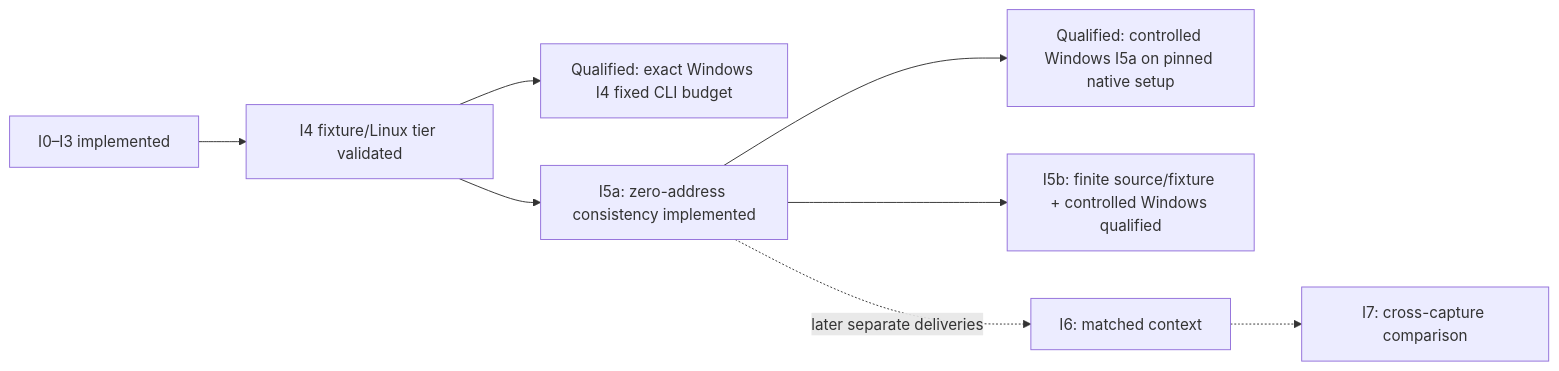
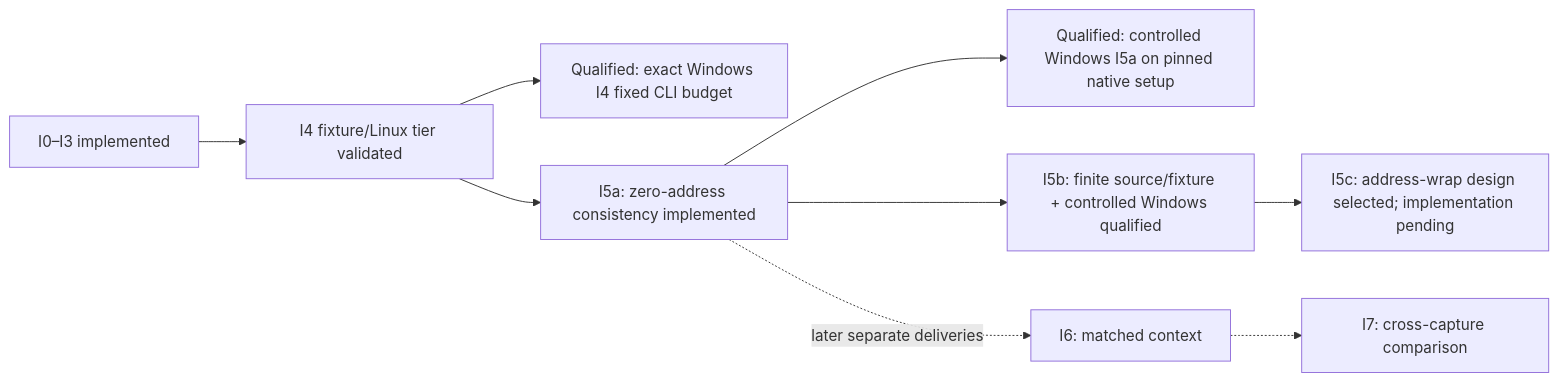
Before and after one commit to NzSN/Ariadne: the diagram in Plans/investigation-layer.md, drawn with Mermaid. The commit also changed other lines of this file and 10 other files, not shown here.

First line of the commit message:
Plan fault-time address-wrap assessment

````diff
--- a/Plans/investigation-layer.md
+++ b/Plans/investigation-layer.md
@@ -75,10 +81,11 @@
 ```mermaid
 flowchart LR
     Delivered["I0–I3 implemented"] --> Tier["I4 fixture/Linux tier validated"]
     Tier --> Windows["Qualified: exact Windows I4 fixed CLI budget"]
     Tier --> I5["I5a: zero-address consistency implemented"]
     I5 --> I5Windows["Qualified: controlled Windows I5a on pinned native setup"]
     I5 --> I5b["I5b: finite source/fixture + controlled Windows qualified"]
+    I5b --> I5c["I5c: address-wrap design selected; implementation pending"]
     I5 -. "later separate deliveries" .-> I6["I6: matched context"]
     I6 -.-> I7["I7: cross-capture comparison"]
 ```
````
